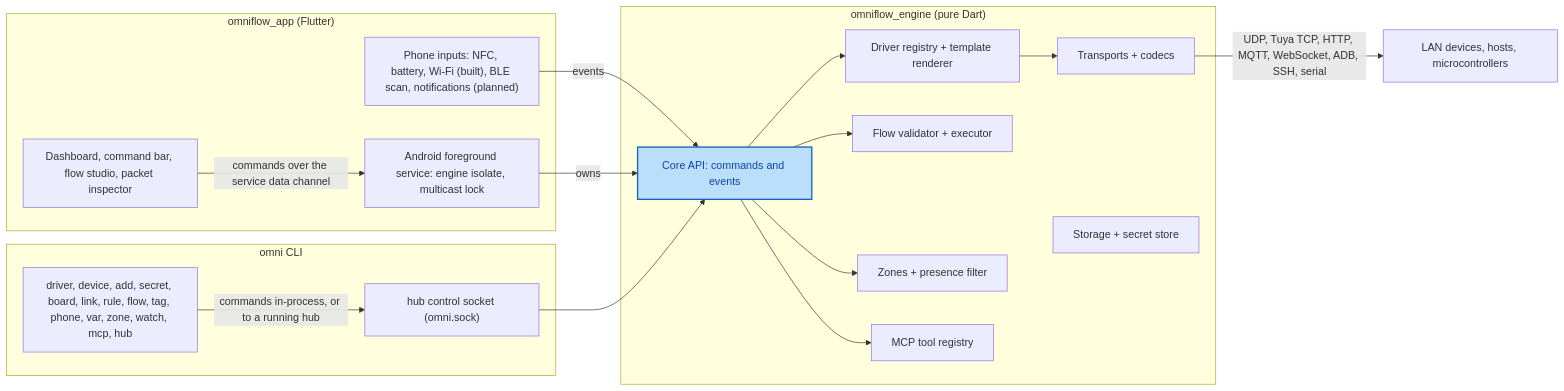
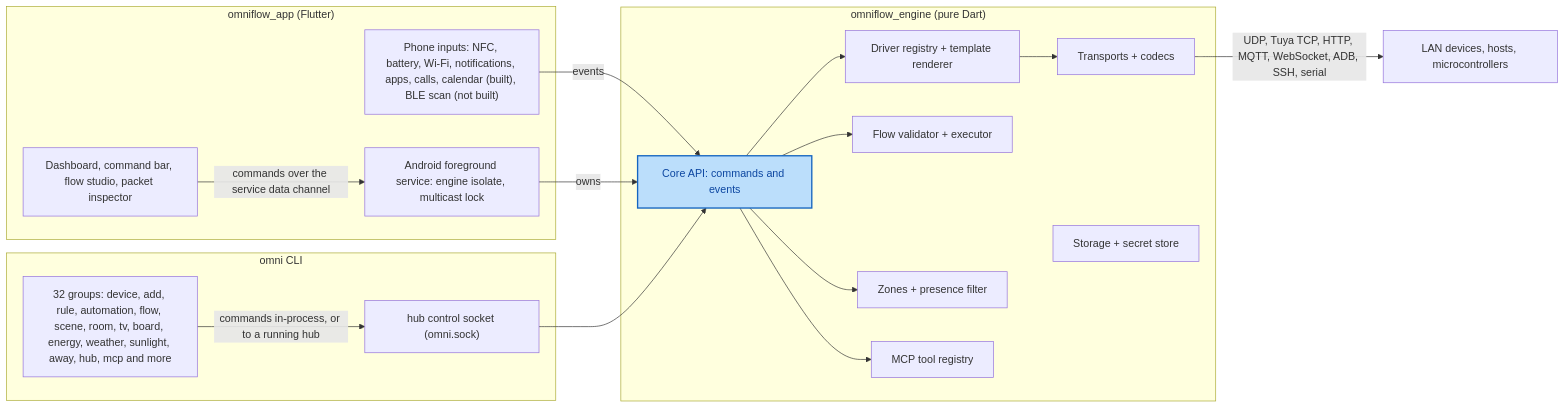
One commit to jashnimje/omni-flow changed the first of 2 diagrams in docs/DESIGN.md. Above: the diagram before and after it, drawn with Mermaid. The commit also changed other lines of this file and 277 other files, not shown here.

````diff
--- a/docs/DESIGN.md
+++ b/docs/DESIGN.md
@@ -26,33 +26,33 @@
 ```mermaid
 flowchart LR
   subgraph app["omniflow_app (Flutter)"]
     ui["Dashboard, command bar, flow studio, packet inspector"]
-    sensors["Phone inputs: NFC, battery, Wi-Fi (built), BLE scan, notifications (planned)"]
+    sensors["Phone inputs: NFC, battery, Wi-Fi, notifications, apps, calls, calendar (built), BLE scan (not built)"]
     svc["Android foreground service: engine isolate, multicast lock"]
   end
   subgraph engine["omniflow_engine (pure Dart)"]
     api["Core API: commands and events"]
     drivers["Driver registry + template renderer"]
     transports["Transports + codecs"]
     dag["Flow validator + executor"]
     presence["Zones + presence filter"]
     store["Storage + secret store"]
     mcp["MCP tool registry"]
   end
   subgraph cli["omni CLI"]
-    cmds["driver, device, add, secret, board, link, rule, flow, tag, phone, var, zone, watch, mcp, hub"]
+    cmds["32 groups: device, add, rule, automation, flow, scene, room, tv, board, energy, weather, sunlight, away, hub, mcp and more"]
     sock["hub control socket (omni.sock)"]
   end
   devices["LAN devices, hosts, microcontrollers"]
   ui -- "commands over the service data channel" --> svc
   sensors -- "events" --> api
   svc -- "owns" --> api
   cmds -- "commands in-process, or to a running hub" --> sock
   sock --> api
   api --> drivers --> transports -- "UDP, Tuya TCP, HTTP, MQTT, WebSocket, ADB, SSH, serial" --> devices
   api --> dag
   api --> presence
   api --> mcp
   classDef new fill:#bbdefb,stroke:#1565c0,color:#0d47a1,stroke-width:2px
   class api new
 ```
````
